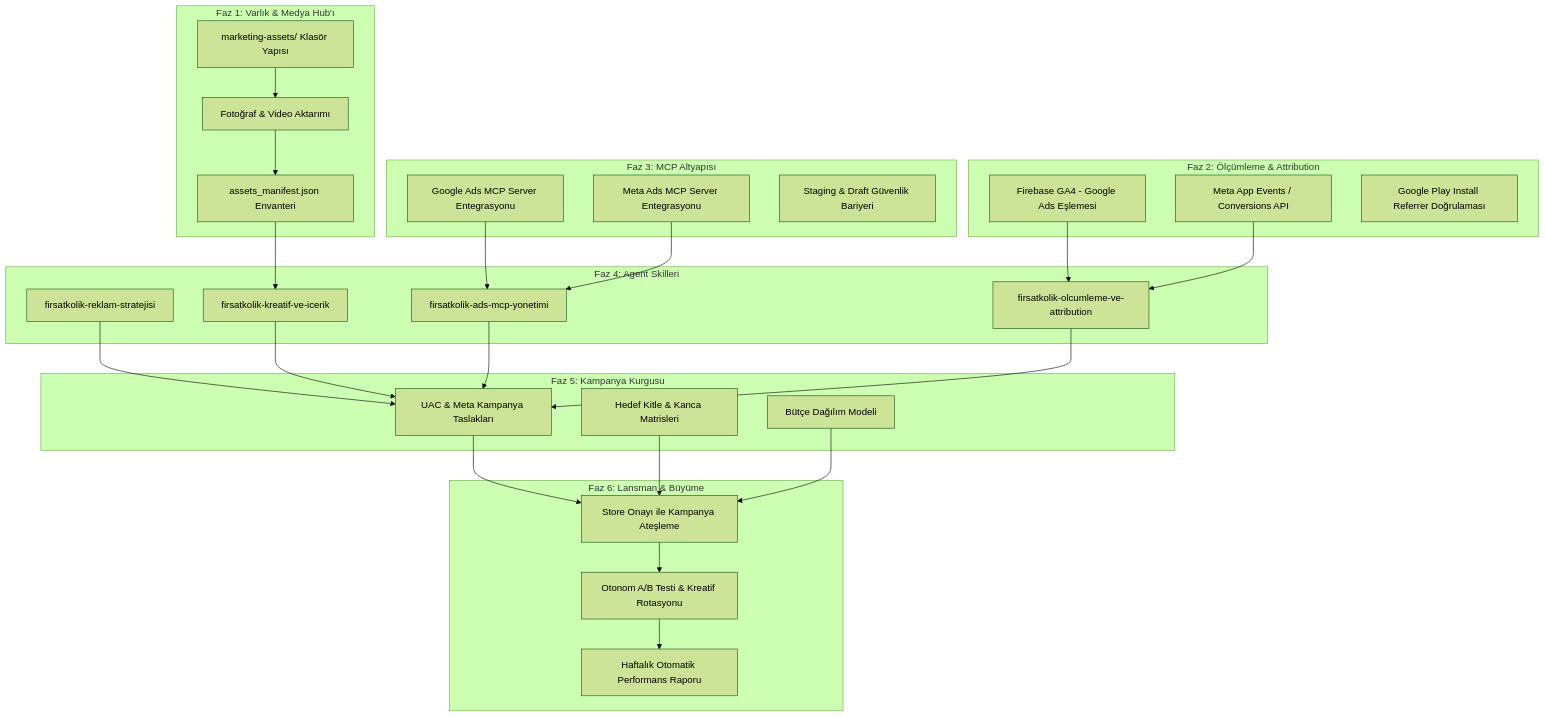
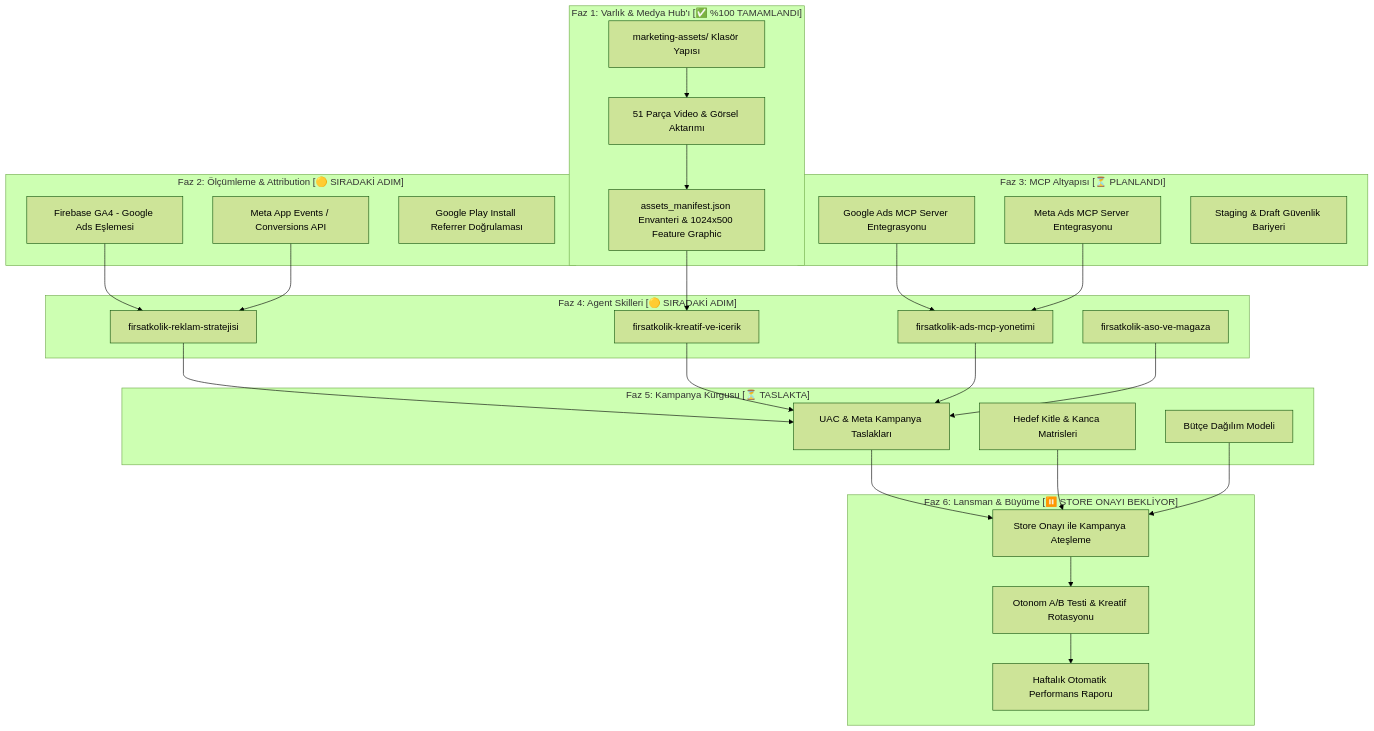
One commit to gky61/s-cak-f-rsatlar changed the diagram in marketing-assets/MARKETING_ROADMAP.md. Above: the diagram before and after it, drawn with Mermaid (forest theme). The commit also changed other lines of this file and 34 other files, not shown here.

````diff
--- a/marketing-assets/MARKETING_ROADMAP.md
+++ b/marketing-assets/MARKETING_ROADMAP.md
@@ -47,45 +61,45 @@
 ```mermaid
 graph TD
-    subgraph "Faz 1: Varlık & Medya Hub'ı"
-        F1_1[marketing-assets/ Klasör Yapısı] --> F1_2[Fotoğraf & Video Aktarımı]
-        F1_2 --> F1_3[assets_manifest.json Envanteri]
+    subgraph "Faz 1: Varlık & Medya Hub'ı [✅ %100 TAMAMLANDI]"
+        F1_1[marketing-assets/ Klasör Yapısı] --> F1_2[51 Parça Video & Görsel Aktarımı]
+        F1_2 --> F1_3[assets_manifest.json Envanteri & 1024x500 Feature Graphic]
     end
 
-    subgraph "Faz 2: Ölçümleme & Attribution"
+    subgraph "Faz 2: Ölçümleme & Attribution [🟡 SIRADAKİ ADIM]"
         F2_1[Firebase GA4 - Google Ads Eşlemesi]
         F2_2[Meta App Events / Conversions API]
         F2_3[Google Play Install Referrer Doğrulaması]
     end
 
-    subgraph "Faz 3: MCP Altyapısı"
+    subgraph "Faz 3: MCP Altyapısı [⏳ PLANLANDI]"
         F3_1[Google Ads MCP Server Entegrasyonu]
         F3_2[Meta Ads MCP Server Entegrasyonu]
         F3_3[Staging & Draft Güvenlik Bariyeri]
     end
 
-    subgraph "Faz 4: Agent Skilleri"
+    subgraph "Faz 4: Agent Skilleri [🟡 SIRADAKİ ADIM]"
         F4_1[firsatkolik-reklam-stratejisi]
         F4_2[firsatkolik-kreatif-ve-icerik]
         F4_3[firsatkolik-ads-mcp-yonetimi]
-        F4_4[firsatkolik-olcumleme-ve-attribution]
+        F4_4[firsatkolik-aso-ve-magaza]
     end
 
-    subgraph "Faz 5: Kampanya Kurgusu"
+    subgraph "Faz 5: Kampanya Kurgusu [⏳ TASLAKTA]"
         F5_1[UAC & Meta Kampanya Taslakları]
         F5_2[Hedef Kitle & Kanca Matrisleri]
         F5_3[Bütçe Dağılım Modeli]
     end
 
-    subgraph "Faz 6: Lansman & Büyüme"
+    subgraph "Faz 6: Lansman & Büyüme [⏸️ STORE ONAYI BEKLİYOR]"
         F6_1[Store Onayı ile Kampanya Ateşleme]
         F6_2[Otonom A/B Testi & Kreatif Rotasyonu]
         F6_3[Haftalık Otomatik Performans Raporu]
     end
 
     F1_3 --> F4_2
-    F2_1 & F2_2 --> F4_4
+    F2_1 & F2_2 --> F4_1
     F3_1 & F3_2 --> F4_3
     F4_1 & F4_2 & F4_3 & F4_4 --> F5_1
     F5_1 & F5_2 & F5_3 --> F6_1
     F6_1 --> F6_2 --> F6_3
 ```
````
